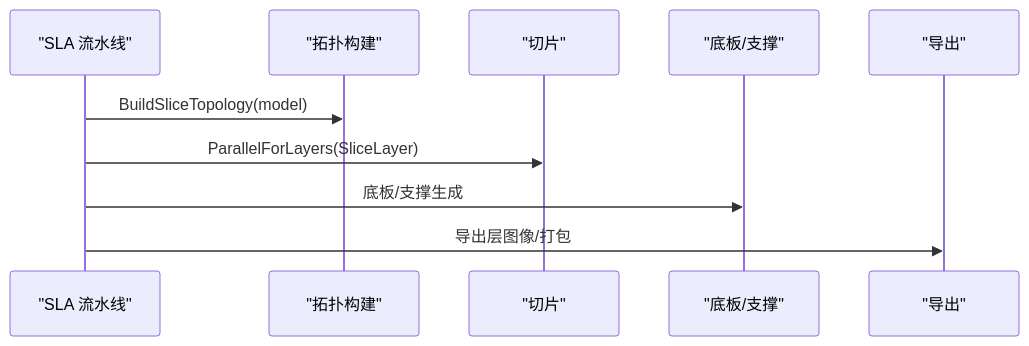
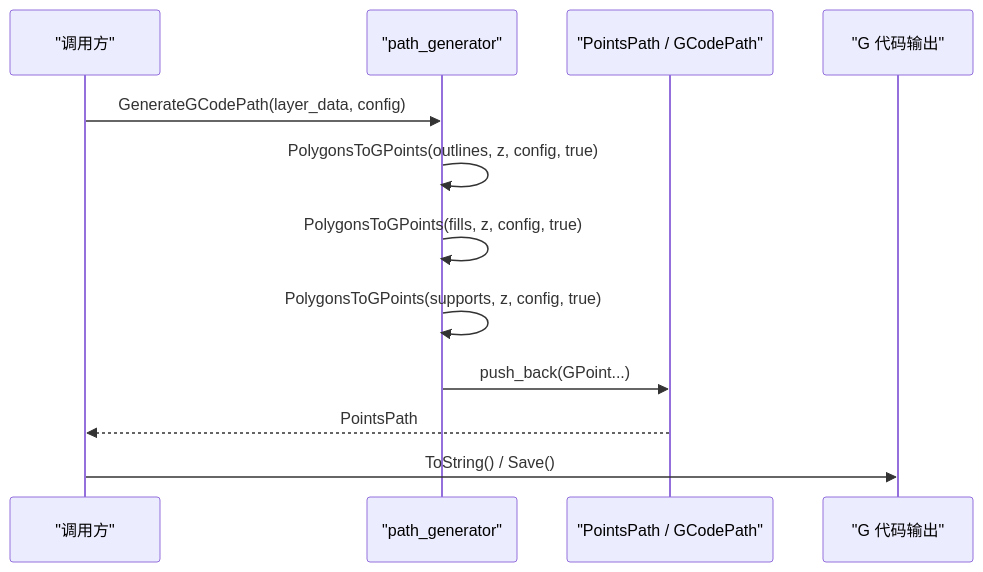
The sixth of 8 diagrams in .qoder/repowiki/zh/content/核心概念/核心概念.md (hsmbanlance/HsBaSlicer), drawn with Mermaid before and after one commit. The commit also changed other lines of this file and 1135 other files, not shown here.

````diff
--- a/.qoder/repowiki/zh/content/核心概念/核心概念.md
+++ b/.qoder/repowiki/zh/content/核心概念/核心概念.md
@@ -292,12 +335,14 @@
 ```mermaid
 sequenceDiagram
-participant SLA as "SLA 流水线"
-participant Topo as "拓扑构建"
-participant Slice as "切片"
-participant Floor as "底板/支撑"
-participant Export as "导出"
-SLA->>Topo : BuildSliceTopology(model)
-SLA->>Slice : ParallelForLayers(SliceLayer)
-SLA->>Floor : 底板/支撑生成
-SLA->>Export : 导出层图像/打包
+participant Caller as "调用方"
+participant Generator as "path_generator"
+participant Path as "PointsPath / GCodePath"
+participant Output as "G 代码输出"
+Caller->>Generator : GenerateGCodePath(layer_data, config)
+Generator->>Generator : PolygonsToGPoints(outlines, z, config, true)
+Generator->>Generator : PolygonsToGPoints(fills, z, config, true)
+Generator->>Generator : PolygonsToGPoints(supports, z, config, true)
+Generator->>Path : push_back(GPoint...)
+Path-->>Caller : PointsPath
+Caller->>Output : ToString() / Save()
 ```
````
